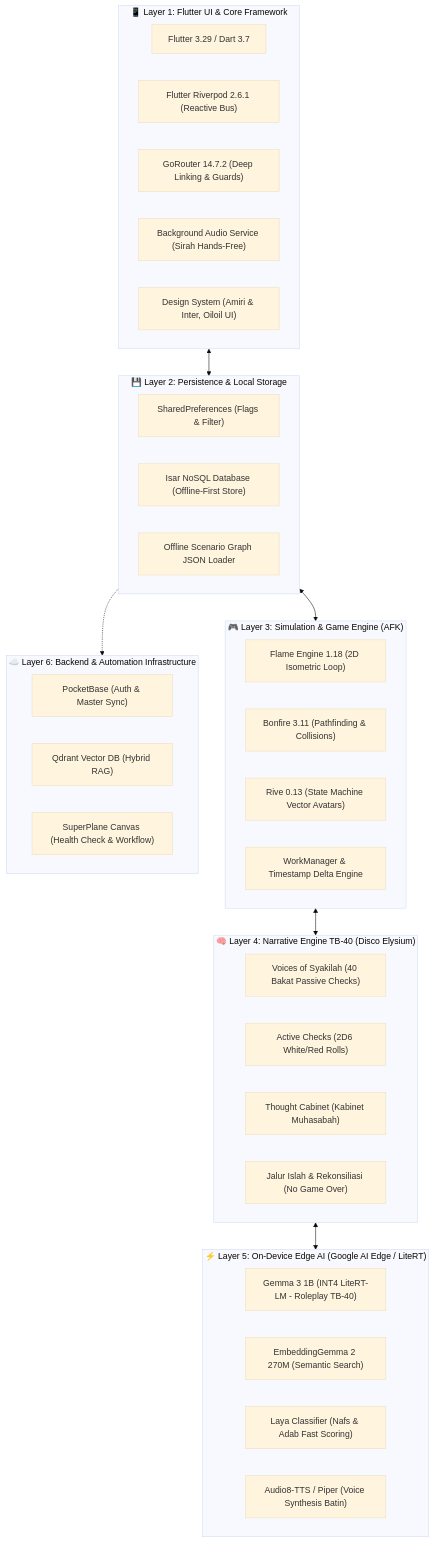
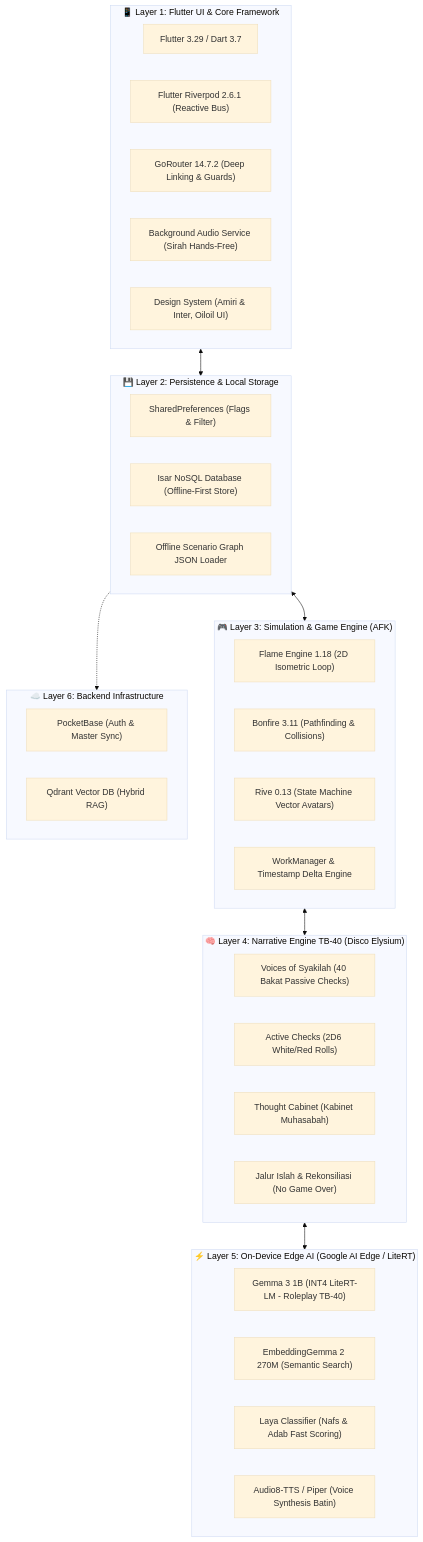
The first of 2 diagrams in docs/TODO_TES_TEKNOLOGI.md (decaller/PKN-healing-mobile-app), drawn with Mermaid (base theme) before and after one commit. The commit also changed other lines of this file and 88 other files, not shown here.

````diff
--- a/docs/TODO_TES_TEKNOLOGI.md
+++ b/docs/TODO_TES_TEKNOLOGI.md
@@ -16,49 +16,48 @@
 ```mermaid
 flowchart TD
     subgraph UI_CORE ["📱 Layer 1: Flutter UI & Core Framework"]
         FLUTTER["Flutter 3.29 / Dart 3.7"]
         RIVERPOD["Flutter Riverpod 2.6.1 (Reactive Bus)"]
         GOROUTER["GoRouter 14.7.2 (Deep Linking & Guards)"]
         AUDIO["Background Audio Service (Sirah Hands-Free)"]
         TOKENS["Design System (Amiri & Inter, Oiloil UI)"]
     end
 
     subgraph STORAGE_LAYER ["💾 Layer 2: Persistence & Local Storage"]
         PREFS["SharedPreferences (Flags & Filter)"]
         ISAR["Isar NoSQL Database (Offline-First Store)"]
         GRAPH_LOADER["Offline Scenario Graph JSON Loader"]
     end
 
     subgraph ENGINE_LAYER ["🎮 Layer 3: Simulation & Game Engine (AFK)"]
         FLAME["Flame Engine 1.18 (2D Isometric Loop)"]
         BONFIRE["Bonfire 3.11 (Pathfinding & Collisions)"]
         RIVE["Rive 0.13 (State Machine Vector Avatars)"]
         WORKMGR["WorkManager & Timestamp Delta Engine"]
     end
 
     subgraph NARRATIVE_LAYER ["🧠 Layer 4: Narrative Engine TB-40 (Disco Elysium)"]
         VOICES["Voices of Syakilah (40 Bakat Passive Checks)"]
         DICE["Active Checks (2D6 White/Red Rolls)"]
         CABINET["Thought Cabinet (Kabinet Muhasabah)"]
         ISLAH["Jalur Islah & Rekonsiliasi (No Game Over)"]
     end
 
     subgraph EDGE_AI ["⚡ Layer 5: On-Device Edge AI (Google AI Edge / LiteRT)"]
         GEMMA["Gemma 3 1B (INT4 LiteRT-LM - Roleplay TB-40)"]
         EMBED["EmbeddingGemma 2 270M (Semantic Search)"]
         LAYA["Laya Classifier (Nafs & Adab Fast Scoring)"]
         TTS["Audio8-TTS / Piper (Voice Synthesis Batin)"]
     end
 
-    subgraph BACKEND_AUTOMATION ["☁️ Layer 6: Backend & Automation Infrastructure"]
+    subgraph BACKEND_INFRASTRUCTURE ["☁️ Layer 6: Backend Infrastructure"]
         POCKETBASE["PocketBase (Auth & Master Sync)"]
         QDRANT["Qdrant Vector DB (Hybrid RAG)"]
-        SUPERPLANE["SuperPlane Canvas (Health Check & Workflow)"]
     end
 
     UI_CORE <--> STORAGE_LAYER
     STORAGE_LAYER <--> ENGINE_LAYER
     ENGINE_LAYER <--> NARRATIVE_LAYER
     NARRATIVE_LAYER <--> EDGE_AI
-    STORAGE_LAYER -.-> BACKEND_AUTOMATION
+    STORAGE_LAYER -.-> BACKEND_INFRASTRUCTURE
 ```
````
